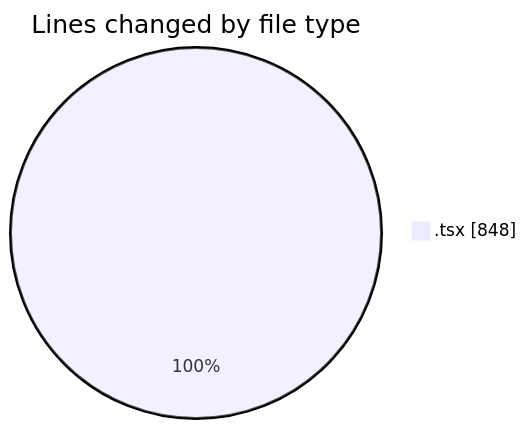
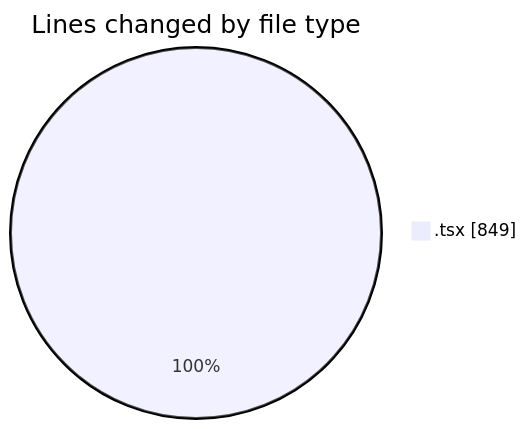
Before and after one commit to momahboobian/code-tracking: the first of 2 diagrams in 2025-09-15/cda/README.md, drawn with Mermaid. The commit also changed other lines of this file and 1 other file, not shown here.

````diff
--- a/2025-09-15/cda/README.md
+++ b/2025-09-15/cda/README.md
@@ -21,5 +21,5 @@
 ```mermaid
 pie showData
 title Lines changed by file type
-".tsx" : 848
+".tsx" : 849
 ```
````
